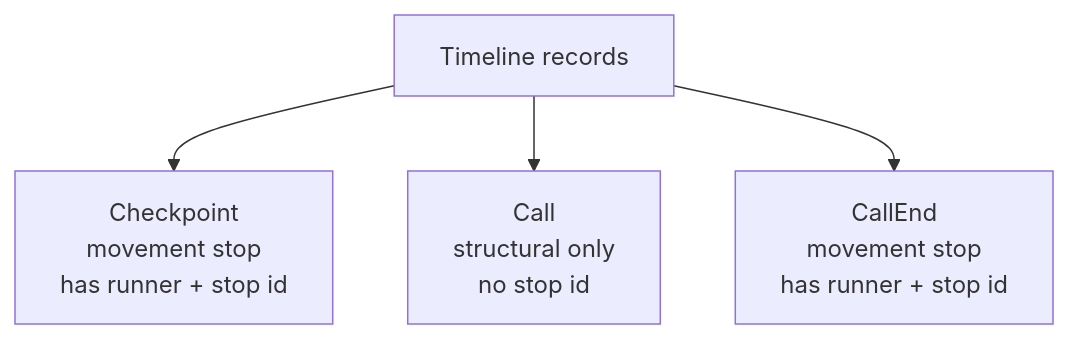
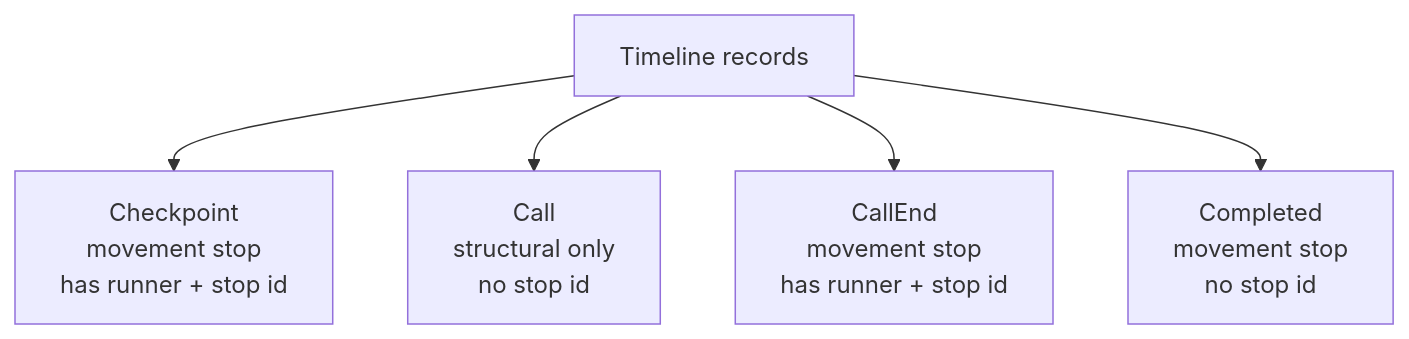
Before and after one commit to akeit0/AsyncPlayback: the third of 8 diagrams in docs/minimum-playback-algorithm.md, drawn with Mermaid. The commit also changed other lines of this file and 3 other files, not shown here.

````diff
--- a/docs/minimum-playback-algorithm.md
+++ b/docs/minimum-playback-algorithm.md
@@ -580,11 +513,13 @@
 ```mermaid
 flowchart TD
     Timeline["Timeline records"]
     Checkpoint["Checkpoint<br/>movement stop<br/>has runner + stop id"]
     Call["Call<br/>structural only<br/>no stop id"]
     CallEnd["CallEnd<br/>movement stop<br/>has runner + stop id"]
+    Completed["Completed<br/>movement stop<br/>no stop id"]
 
     Timeline --> Checkpoint
     Timeline --> Call
     Timeline --> CallEnd
+    Timeline --> Completed
 ```
````
